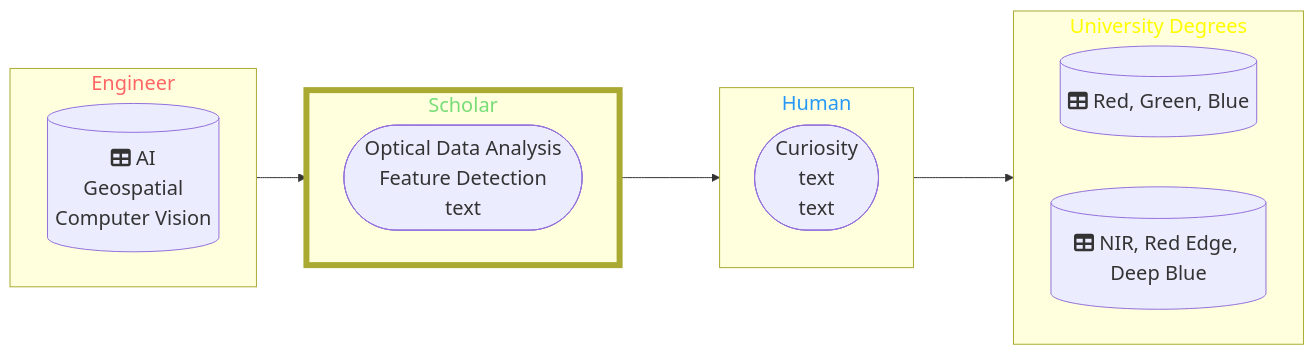
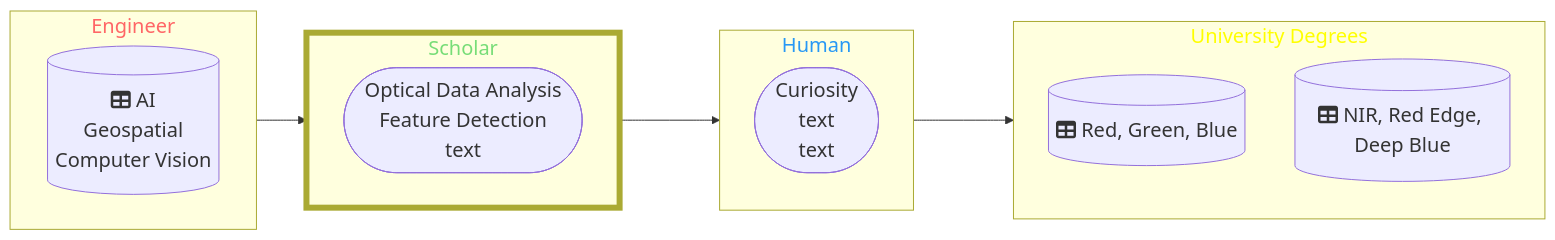
The diagram in README.md (DippoldEJ/DippoldEJ), drawn with Mermaid before and after one commit.

````diff
--- a/README.md
+++ b/README.md
@@ -3,38 +3,39 @@
 ```mermaid
 flowchart LR;
 %%{init: {
 	'themeVariables': { 'fontSize': '20px', 'fontFamily': 'Didot'}
 	}
 }%%
 
 subgraph n[Engineer]
         direction LR
         b[(fa:fa-table AI <br> Geospatial <br> Computer Vision)]
     end
 
 subgraph o[Scholar]
         direction LR
         j([Optical Data Analysis <br> Feature Detection <br> text])
 
     end
 
+ subgraph q[University Degrees]
+        r[(fa:fa-table Red, Green, Blue)]
+        h[(fa:fa-table NIR, Red Edge, Deep Blue)]
+    end
+
  subgraph p[Human]
     a([Curiosity <br /> text  <br />  text])
     end
 
- subgraph q[University Degrees]
-        direction LR
-        r[(fa:fa-table Red, Green, Blue)]
-        h[(fa:fa-table NIR, Red Edge, Deep Blue)]
-    end
 
 style n color:#f66
 style o stroke-width:6px
 style o color:#77DD77
 style p color:#2798F5
 style q color:#FFFF00
 
 n-->o
 o-->p
 o-->q
+
 ```
````
